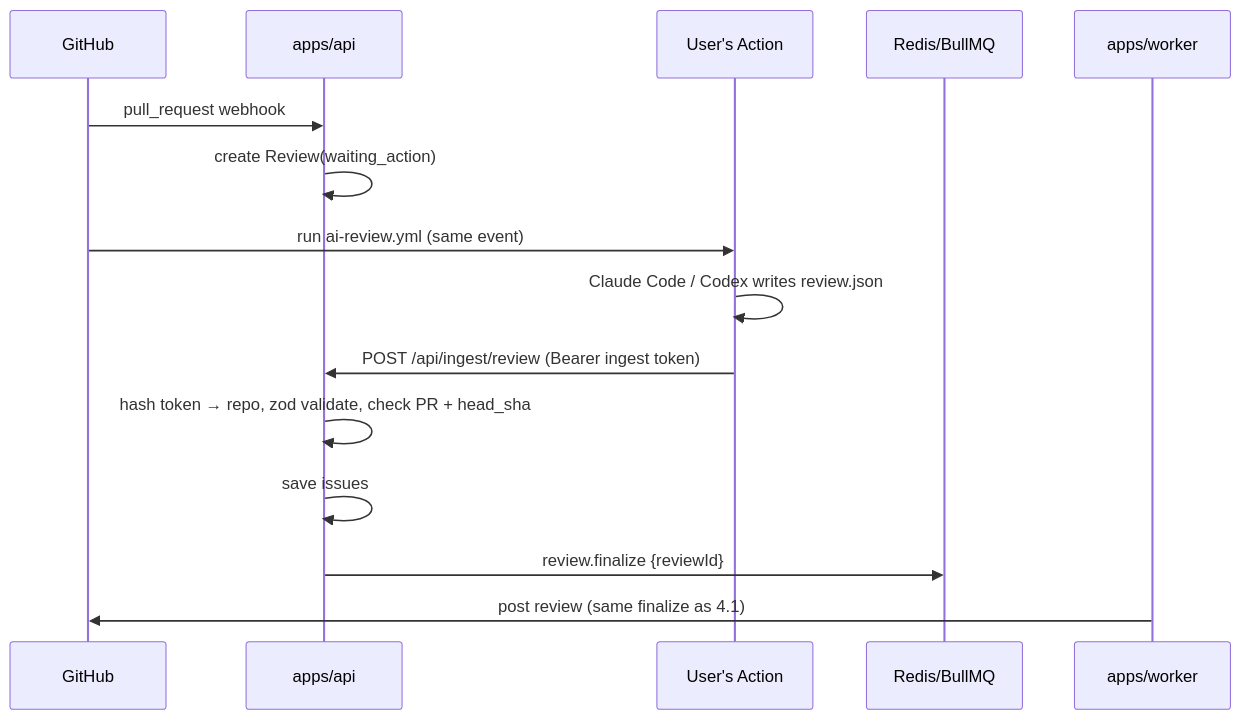
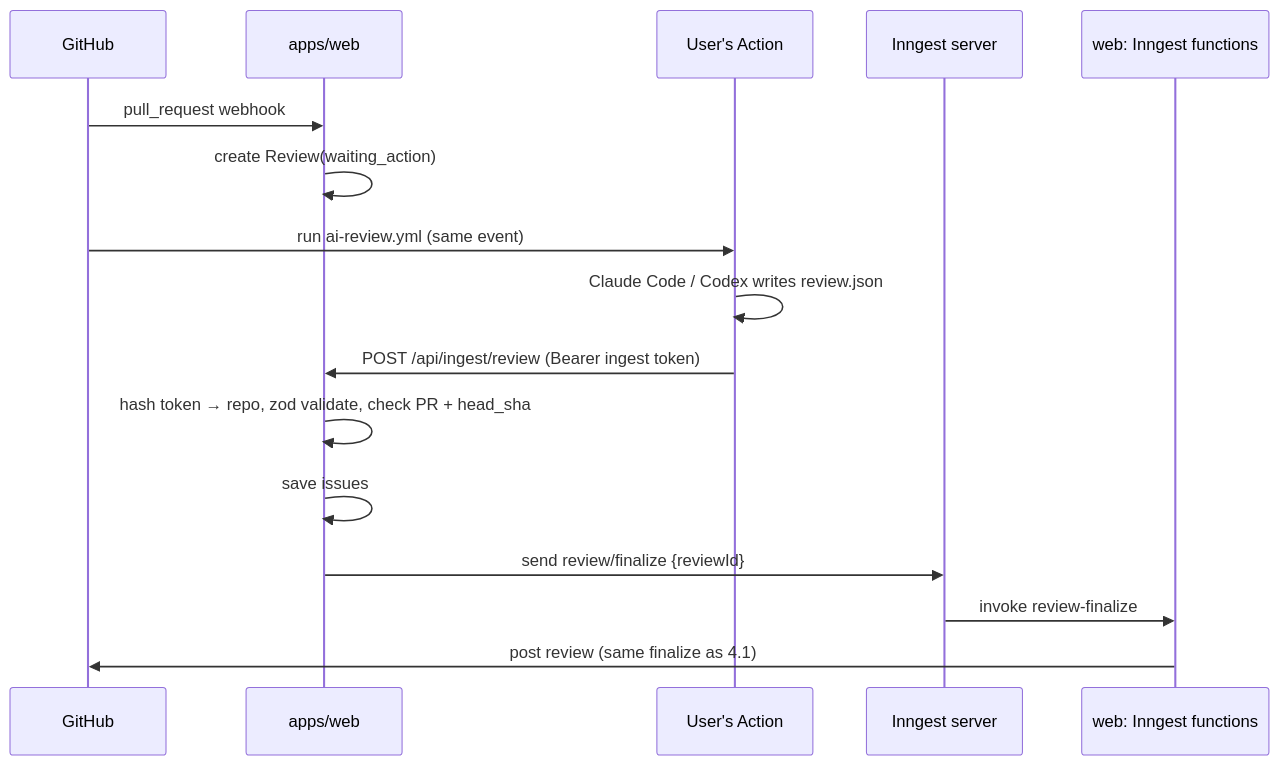
The third of 5 diagrams in docs/architecture.md (Viris168/Crosscheck), drawn with Mermaid before and after one commit. The commit also changed other lines of this file and 17 other files, not shown here.

````diff
--- a/docs/architecture.md
+++ b/docs/architecture.md
@@ -92,17 +98,18 @@
 ```mermaid
 sequenceDiagram
   participant GH as GitHub
-  participant API as apps/api
+  participant WEB as apps/web
   participant A as User's Action
-  participant Q as Redis/BullMQ
-  participant W as apps/worker
-  GH->>API: pull_request webhook
-  API->>API: create Review(waiting_action)
+  participant I as Inngest server
+  participant F as web: Inngest functions
+  GH->>WEB: pull_request webhook
+  WEB->>WEB: create Review(waiting_action)
   GH->>A: run ai-review.yml (same event)
   A->>A: Claude Code / Codex writes review.json
-  A->>API: POST /api/ingest/review (Bearer ingest token)
-  API->>API: hash token → repo, zod validate, check PR + head_sha
-  API->>API: save issues
-  API->>Q: review.finalize {reviewId}
-  W->>GH: post review (same finalize as 4.1)
+  A->>WEB: POST /api/ingest/review (Bearer ingest token)
+  WEB->>WEB: hash token → repo, zod validate, check PR + head_sha
+  WEB->>WEB: save issues
+  WEB->>I: send review/finalize {reviewId}
+  I->>F: invoke review-finalize
+  F->>GH: post review (same finalize as 4.1)
 ```
````
